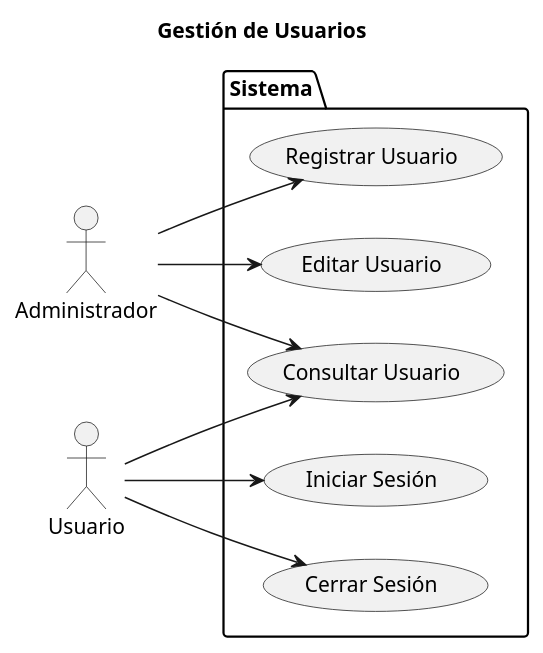
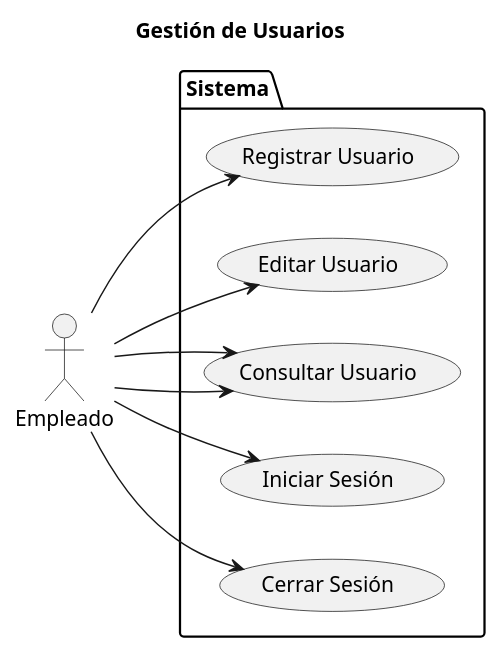
One commit to marcelolezcanodev/GarageGuru changed the diagram in Diagramas/caso_de_uso_Usuario.plantuml. Above: the diagram before and after it, drawn with PlantUML. The commit also changed 17 other files, not shown here.

```diff
--- a/Diagramas/caso_de_uso_Usuario.plantuml
+++ b/Diagramas/caso_de_uso_Usuario.plantuml
@@ -1,27 +1,26 @@
-@startuml usuario
+@startuml CU_Usuario
 
 left to right direction
 
 title Gestión de Usuarios
 
-actor Administrador as Admin
-actor Usuario as User
+actor Empleado as User
 
 package Sistema {
 
     USECASE "Registrar Usuario" as UC_Registrar
     USECASE "Editar Usuario" as UC_Actualizar
     USECASE "Consultar Usuario" as UC_Consultar
     USECASE "Iniciar Sesión" as UC_IniciarSesion
     USECASE "Cerrar Sesión" as UC_CerrarSesion
 
 }
 
-Admin --> UC_Registrar
-Admin --> UC_Actualizar
-Admin --> UC_Consultar
+User --> UC_Registrar
+User --> UC_Actualizar
+User --> UC_Consultar
 User --> UC_IniciarSesion
 User --> UC_CerrarSesion
 User --> UC_Consultar
 
 @enduml
```
